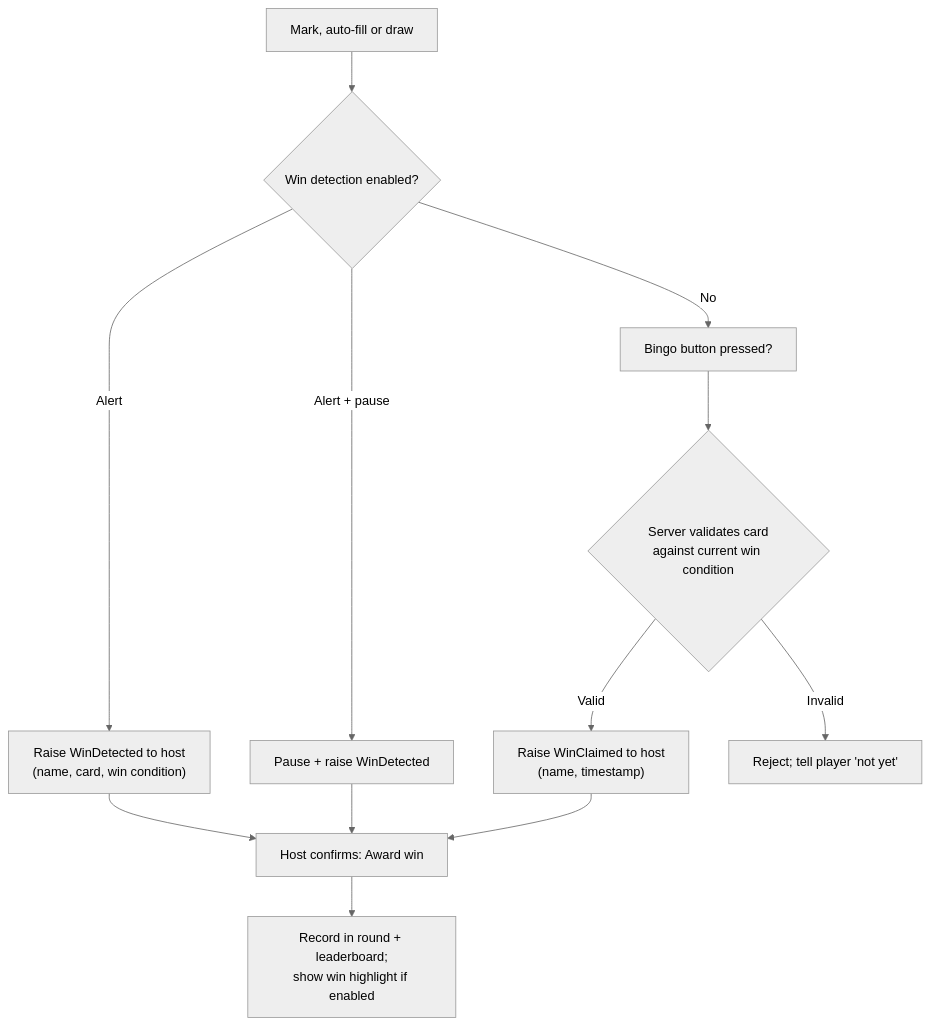
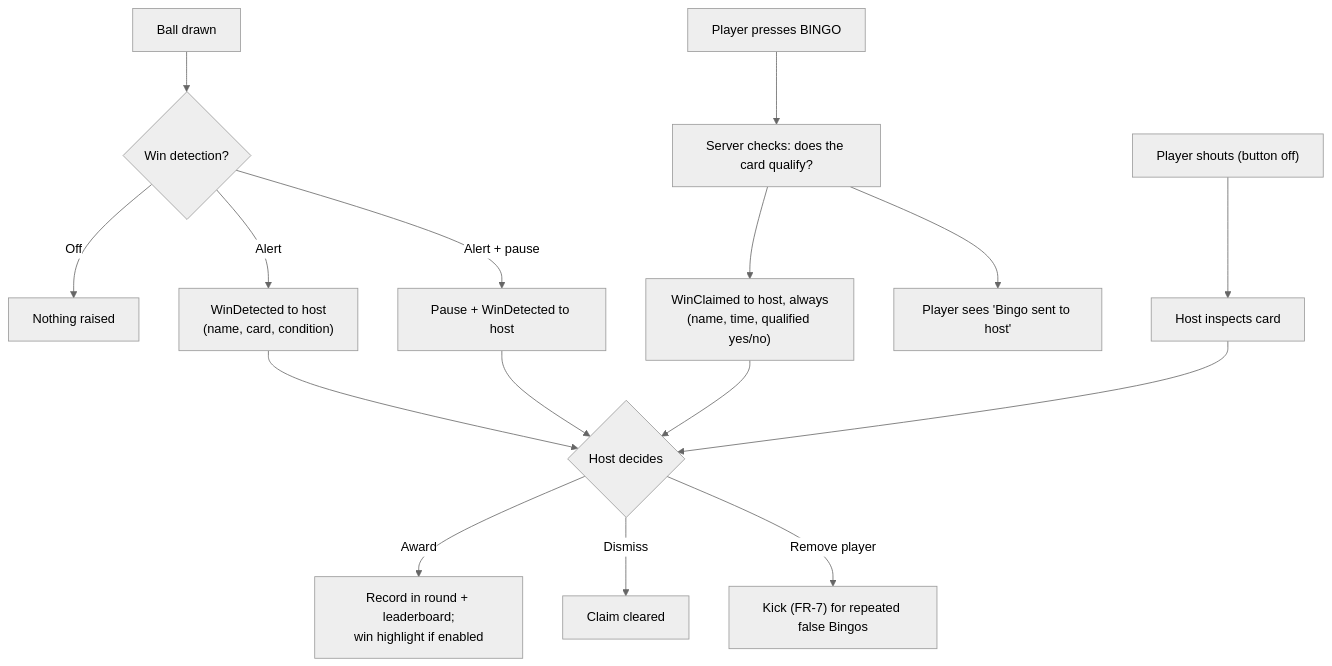
The second of 2 diagrams in docs/03-game-state-machine.md (icemanjr/SyncBingo), drawn with Mermaid (neutral theme) before and after one commit. The commit also changed other lines of this file and 9 other files, not shown here.

First line of the commit message:
docs: free marking, claim rules, opt-in auto-fill, host does not play (#12)

````diff
--- a/docs/03-game-state-machine.md
+++ b/docs/03-game-state-machine.md
@@ -57,14 +68,18 @@
 ```mermaid
 flowchart TD
-  M["Mark, auto-fill or draw"] --> D{"Win detection enabled?"}
-  D -- "No" --> C
-  D -- "Alert" --> W["Raise WinDetected to host<br/>(name, card, win condition)"]
-  D -- "Alert + pause" --> W2["Pause + raise WinDetected"]
-  C["Bingo button pressed?"] --> V{"Server validates card<br/>against current win condition"}
-  V -- "Valid" --> K["Raise WinClaimed to host<br/>(name, timestamp)"]
-  V -- "Invalid" --> X["Reject; tell player 'not yet'"]
-  W --> A["Host confirms: Award win"]
-  W2 --> A
-  K --> A
-  A --> L["Record in round + leaderboard;<br/>show win highlight if enabled"]
+  DR["Ball drawn"] --> D{"Win detection?"}
+  D -- "Off" --> N["Nothing raised"]
+  D -- "Alert" --> W["WinDetected to host<br/>(name, card, condition)"]
+  D -- "Alert + pause" --> W2["Pause + WinDetected to host"]
+  B["Player presses BINGO"] --> Q["Server checks: does the card qualify?"]
+  Q --> K["WinClaimed to host, always<br/>(name, time, qualified yes/no)"]
+  Q --> P["Player sees 'Bingo sent to host'"]
+  S["Player shouts (button off)"] --> I["Host inspects card"]
+  W --> H{"Host decides"}
+  W2 --> H
+  K --> H
+  I --> H
+  H -- "Award" --> L["Record in round + leaderboard;<br/>win highlight if enabled"]
+  H -- "Dismiss" --> X["Claim cleared"]
+  H -- "Remove player" --> R["Kick (FR-7) for repeated false Bingos"]
 ```
````
